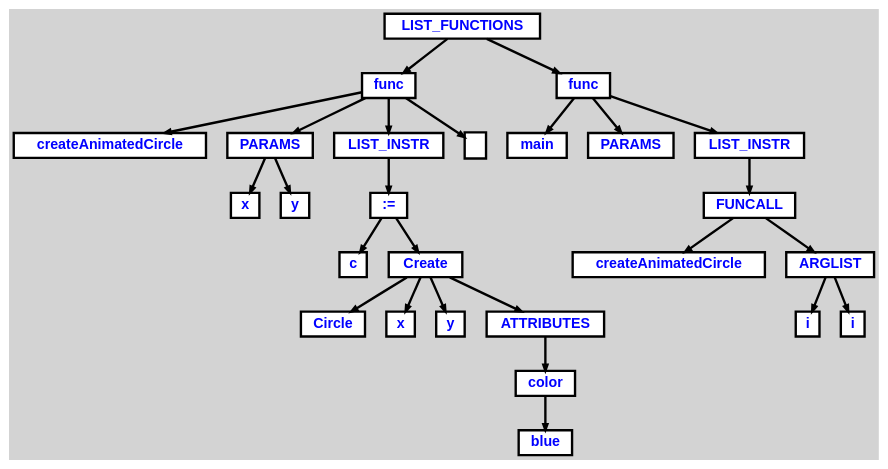
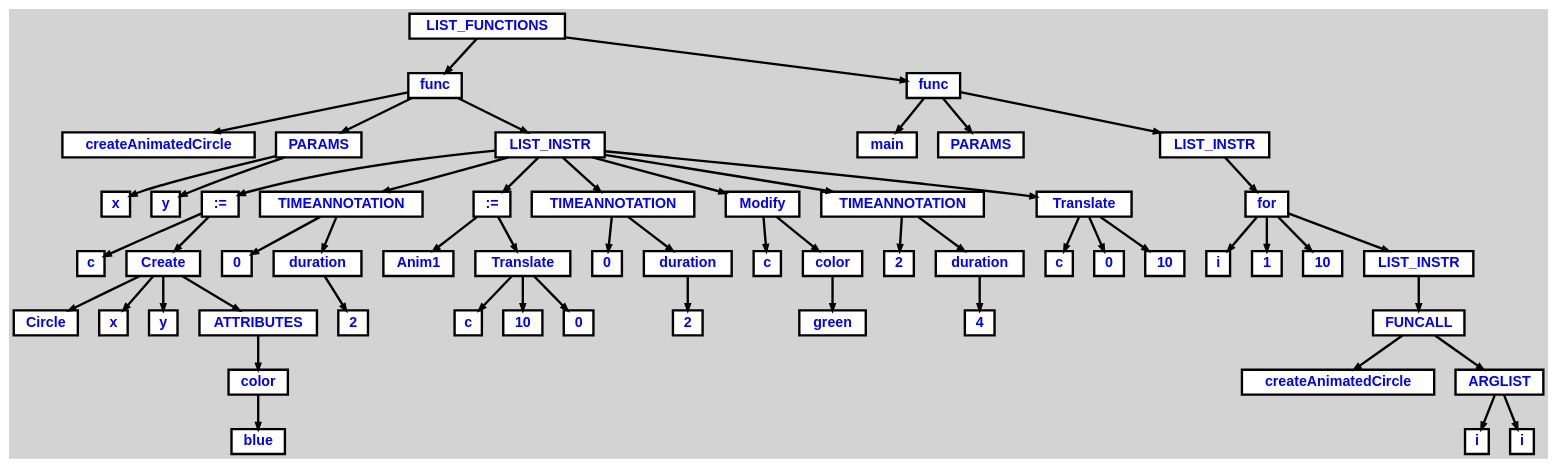
Before and after one commit to 5thingol/Practica-CL: the diagram in examples/functions.dot, drawn with Graphviz. The commit also changed 53 other files, not shown here.

```diff
--- a/examples/functions.dot
+++ b/examples/functions.dot
@@ -1,73 +1,146 @@
 digraph {
 
 	ordering=out;
 	ranksep=.4;
 	bgcolor="lightgrey"; node [shape=box, fixedsize=false, fontsize=12, fontname="Helvetica-bold", fontcolor="blue"
 		width=.25, height=.25, color="black", fillcolor="white", style="filled, solid, bold"];
 	edge [arrowsize=.5, color="black", style="bold"]
 
   n0 [label="LIST_FUNCTIONS"];
   n1 [label="func"];
   n1 [label="func"];
   n2 [label="createAnimatedCircle"];
   n3 [label="PARAMS"];
   n3 [label="PARAMS"];
   n4 [label="x"];
   n5 [label="y"];
   n6 [label="LIST_INSTR"];
   n6 [label="LIST_INSTR"];
   n7 [label=":="];
   n7 [label=":="];
   n8 [label="c"];
   n9 [label="Create"];
   n9 [label="Create"];
   n10 [label="Circle"];
   n11 [label="x"];
   n12 [label="y"];
   n13 [label="ATTRIBUTES"];
   n13 [label="ATTRIBUTES"];
   n14 [label="color"];
   n14 [label="color"];
   n15 [label="blue"];
-  n16 [label="\n"];
-  n17 [label="func"];
-  n17 [label="func"];
-  n18 [label="main"];
-  n19 [label="PARAMS"];
-  n20 [label="LIST_INSTR"];
-  n20 [label="LIST_INSTR"];
-  n21 [label="FUNCALL"];
-  n21 [label="FUNCALL"];
-  n22 [label="createAnimatedCircle"];
-  n23 [label="ARGLIST"];
-  n23 [label="ARGLIST"];
-  n24 [label="i"];
-  n25 [label="i"];
+  n16 [label="TIMEANNOTATION"];
+  n16 [label="TIMEANNOTATION"];
+  n17 [label="0"];
+  n18 [label="duration"];
+  n18 [label="duration"];
+  n19 [label="2"];
+  n20 [label=":="];
+  n20 [label=":="];
+  n21 [label="Anim1"];
+  n22 [label="Translate"];
+  n22 [label="Translate"];
+  n23 [label="c"];
+  n24 [label="10"];
+  n25 [label="0"];
+  n26 [label="TIMEANNOTATION"];
+  n26 [label="TIMEANNOTATION"];
+  n27 [label="0"];
+  n28 [label="duration"];
+  n28 [label="duration"];
+  n29 [label="2"];
+  n30 [label="Modify"];
+  n30 [label="Modify"];
+  n31 [label="c"];
+  n32 [label="color"];
+  n32 [label="color"];
+  n33 [label="green"];
+  n34 [label="TIMEANNOTATION"];
+  n34 [label="TIMEANNOTATION"];
+  n35 [label="2"];
+  n36 [label="duration"];
+  n36 [label="duration"];
+  n37 [label="4"];
+  n38 [label="Translate"];
+  n38 [label="Translate"];
+  n39 [label="c"];
+  n40 [label="0"];
+  n41 [label="10"];
+  n42 [label="func"];
+  n42 [label="func"];
+  n43 [label="main"];
+  n44 [label="PARAMS"];
+  n45 [label="LIST_INSTR"];
+  n45 [label="LIST_INSTR"];
+  n46 [label="for"];
+  n46 [label="for"];
+  n47 [label="i"];
+  n48 [label="1"];
+  n49 [label="10"];
+  n50 [label="LIST_INSTR"];
+  n50 [label="LIST_INSTR"];
+  n51 [label="FUNCALL"];
+  n51 [label="FUNCALL"];
+  n52 [label="createAnimatedCircle"];
+  n53 [label="ARGLIST"];
+  n53 [label="ARGLIST"];
+  n54 [label="i"];
+  n55 [label="i"];
 
   n0 -> n1 // "LIST_FUNCTIONS" -> "func"
   n1 -> n2 // "func" -> "createAnimatedCircle"
   n1 -> n3 // "func" -> "PARAMS"
   n3 -> n4 // "PARAMS" -> "x"
   n3 -> n5 // "PARAMS" -> "y"
   n1 -> n6 // "func" -> "LIST_INSTR"
   n6 -> n7 // "LIST_INSTR" -> ":="
   n7 -> n8 // ":=" -> "c"
   n7 -> n9 // ":=" -> "Create"
   n9 -> n10 // "Create" -> "Circle"
   n9 -> n11 // "Create" -> "x"
   n9 -> n12 // "Create" -> "y"
   n9 -> n13 // "Create" -> "ATTRIBUTES"
   n13 -> n14 // "ATTRIBUTES" -> "color"
   n14 -> n15 // "color" -> "blue"
-  n1 -> n16 // "func" -> "\n"
-  n0 -> n17 // "LIST_FUNCTIONS" -> "func"
-  n17 -> n18 // "func" -> "main"
-  n17 -> n19 // "func" -> "PARAMS"
-  n17 -> n20 // "func" -> "LIST_INSTR"
-  n20 -> n21 // "LIST_INSTR" -> "FUNCALL"
-  n21 -> n22 // "FUNCALL" -> "createAnimatedCircle"
-  n21 -> n23 // "FUNCALL" -> "ARGLIST"
-  n23 -> n24 // "ARGLIST" -> "i"
-  n23 -> n25 // "ARGLIST" -> "i"
+  n6 -> n16 // "LIST_INSTR" -> "TIMEANNOTATION"
+  n16 -> n17 // "TIMEANNOTATION" -> "0"
+  n16 -> n18 // "TIMEANNOTATION" -> "duration"
+  n18 -> n19 // "duration" -> "2"
+  n6 -> n20 // "LIST_INSTR" -> ":="
+  n20 -> n21 // ":=" -> "Anim1"
+  n20 -> n22 // ":=" -> "Translate"
+  n22 -> n23 // "Translate" -> "c"
+  n22 -> n24 // "Translate" -> "10"
+  n22 -> n25 // "Translate" -> "0"
+  n6 -> n26 // "LIST_INSTR" -> "TIMEANNOTATION"
+  n26 -> n27 // "TIMEANNOTATION" -> "0"
+  n26 -> n28 // "TIMEANNOTATION" -> "duration"
+  n28 -> n29 // "duration" -> "2"
+  n6 -> n30 // "LIST_INSTR" -> "Modify"
+  n30 -> n31 // "Modify" -> "c"
+  n30 -> n32 // "Modify" -> "color"
+  n32 -> n33 // "color" -> "green"
+  n6 -> n34 // "LIST_INSTR" -> "TIMEANNOTATION"
+  n34 -> n35 // "TIMEANNOTATION" -> "2"
+  n34 -> n36 // "TIMEANNOTATION" -> "duration"
+  n36 -> n37 // "duration" -> "4"
+  n6 -> n38 // "LIST_INSTR" -> "Translate"
+  n38 -> n39 // "Translate" -> "c"
+  n38 -> n40 // "Translate" -> "0"
+  n38 -> n41 // "Translate" -> "10"
+  n0 -> n42 // "LIST_FUNCTIONS" -> "func"
+  n42 -> n43 // "func" -> "main"
+  n42 -> n44 // "func" -> "PARAMS"
+  n42 -> n45 // "func" -> "LIST_INSTR"
+  n45 -> n46 // "LIST_INSTR" -> "for"
+  n46 -> n47 // "for" -> "i"
+  n46 -> n48 // "for" -> "1"
+  n46 -> n49 // "for" -> "10"
+  n46 -> n50 // "for" -> "LIST_INSTR"
+  n50 -> n51 // "LIST_INSTR" -> "FUNCALL"
+  n51 -> n52 // "FUNCALL" -> "createAnimatedCircle"
+  n51 -> n53 // "FUNCALL" -> "ARGLIST"
+  n53 -> n54 // "ARGLIST" -> "i"
+  n53 -> n55 // "ARGLIST" -> "i"
 
 }
```
